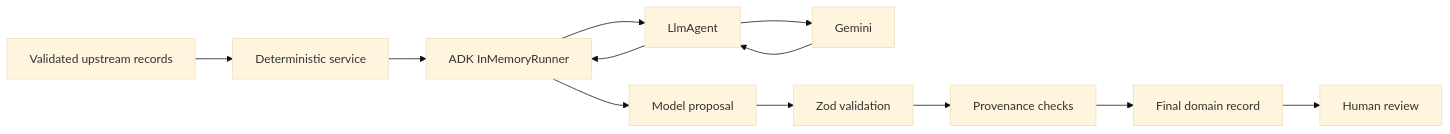
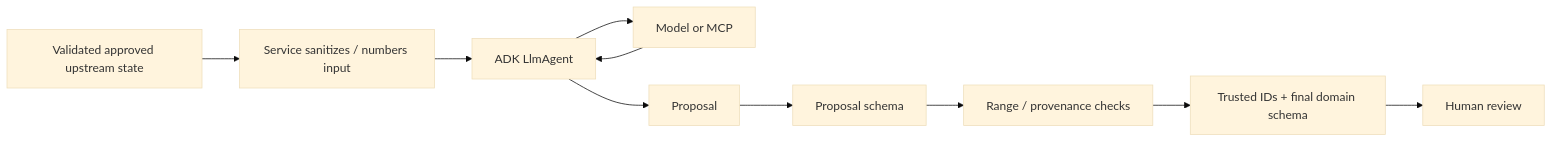
Before and after one commit to amin076/tital: the diagram in docs/architecture/agent-architecture.md, drawn with Mermaid (base theme). The commit also changed other lines of this file, not shown here.

Commit message:
docs: harden agent trust-boundary architecture

````diff
--- a/docs/architecture/agent-architecture.md
+++ b/docs/architecture/agent-architecture.md
@@ -41,17 +81,14 @@
 ```mermaid
 graph LR
-    I[Validated upstream records]
-    S[Deterministic service]
-    R[ADK InMemoryRunner]
-    A[LlmAgent]
-    G[Gemini]
-    J[Model proposal]
-    Z[Zod validation]
-    P[Provenance checks]
-    D[Final domain record]
+    I[Validated approved upstream state]
+    S[Service sanitizes / numbers input]
+    A[ADK LlmAgent]
+    M[Model or MCP]
+    P[Proposal]
+    Z[Proposal schema]
+    R[Range / provenance checks]
+    D[Trusted IDs + final domain schema]
     H[Human review]
 
-    I --> S --> R --> A --> G
-    G --> A --> R --> J
-    J --> Z --> P --> D --> H
+    I --> S --> A --> M --> A --> P --> Z --> R --> D --> H
 ```
````
